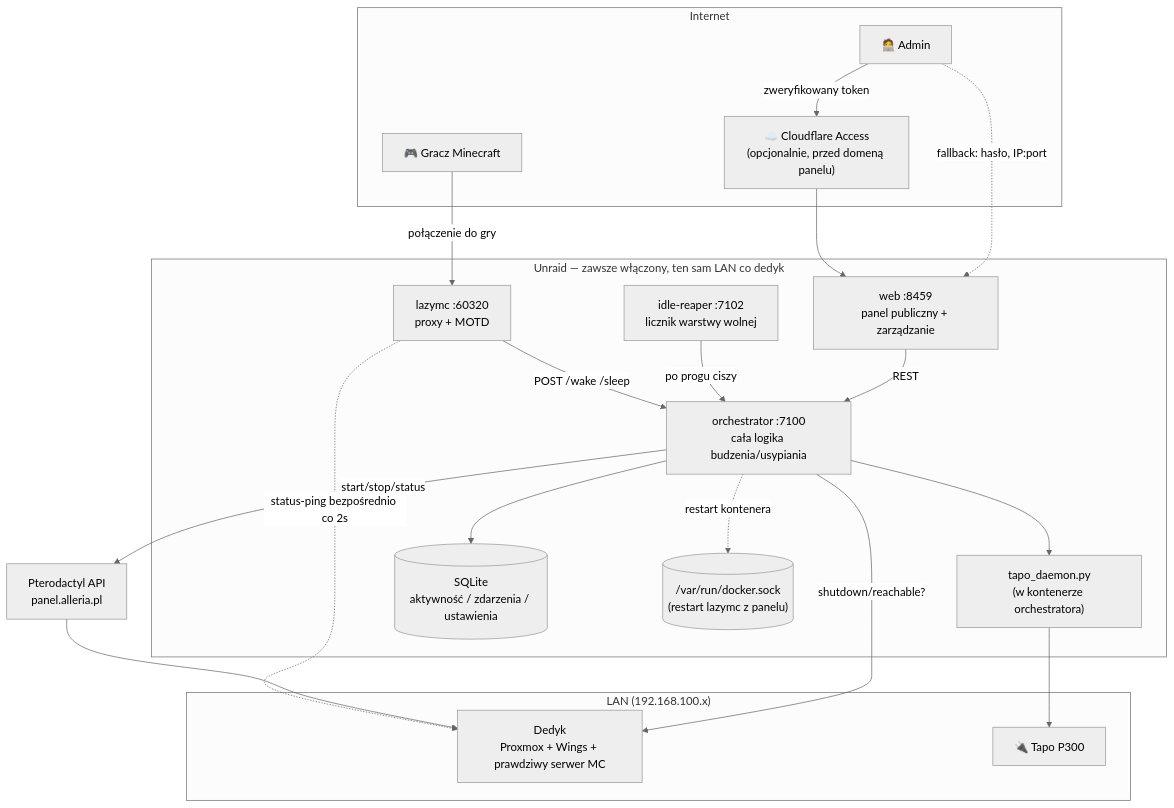
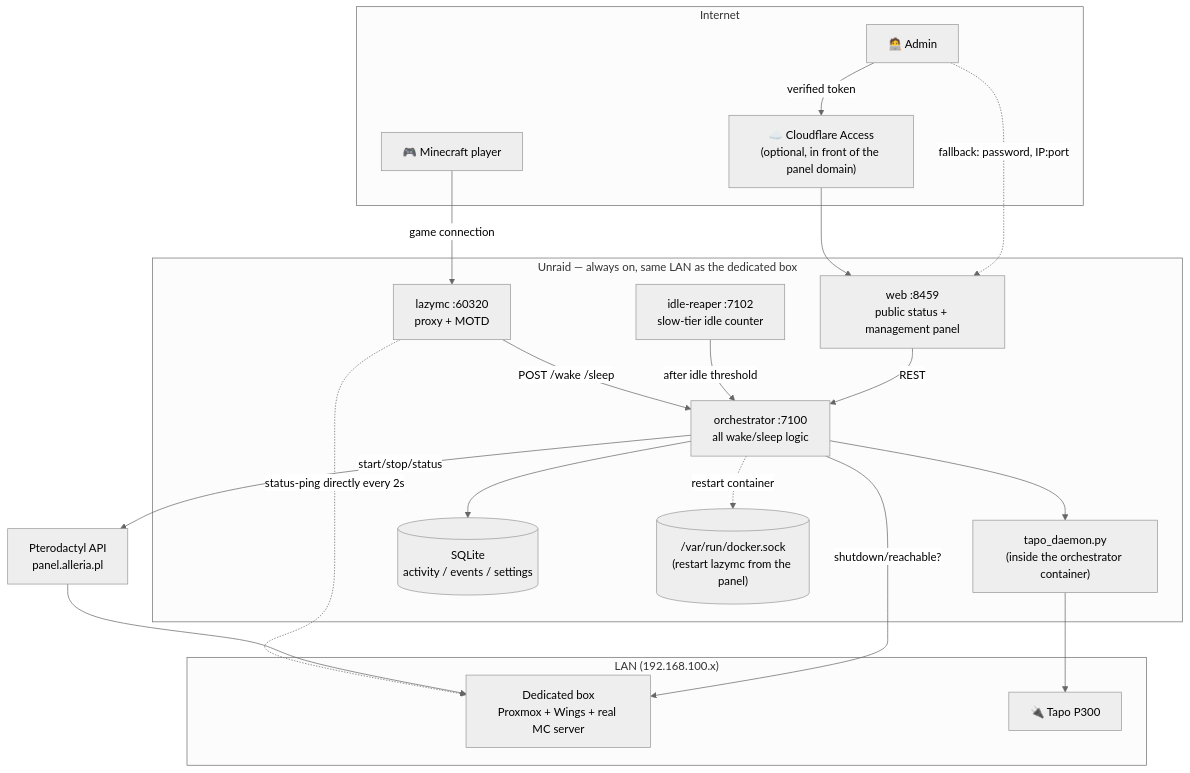
Before and after one commit to mrfroncu/mcwake: the first of 6 diagrams in README.md, drawn with Mermaid (neutral theme). The commit also changed other lines of this file, not shown here.

````diff
--- a/README.md
+++ b/README.md
@@ -64,41 +67,41 @@
 ```mermaid
 flowchart TB
     subgraph internet["Internet"]
-        player["🎮 Gracz Minecraft"]
+        player["🎮 Minecraft player"]
         admin["🧑‍💻 Admin"]
-        cfaccess["☁️ Cloudflare Access\n(opcjonalnie, przed domeną panelu)"]
+        cfaccess["☁️ Cloudflare Access\n(optional, in front of the panel domain)"]
     end
 
-    subgraph unraid["Unraid — zawsze włączony, ten sam LAN co dedyk"]
+    subgraph unraid["Unraid — always on, same LAN as the dedicated box"]
         lazymc["lazymc :60320\nproxy + MOTD"]
-        orchestrator["orchestrator :7100\ncała logika budzenia/usypiania"]
-        tapod["tapo_daemon.py\n(w kontenerze orchestratora)"]
-        reaper["idle-reaper :7102\nlicznik warstwy wolnej"]
-        web["web :8459\npanel publiczny + zarządzanie"]
-        sqlite[("SQLite\naktywność / zdarzenia / ustawienia")]
-        sock[("/var/run/docker.sock\n(restart lazymc z panelu)")]
+        orchestrator["orchestrator :7100\nall wake/sleep logic"]
+        tapod["tapo_daemon.py\n(inside the orchestrator container)"]
+        reaper["idle-reaper :7102\nslow-tier idle counter"]
+        web["web :8459\npublic status + management panel"]
+        sqlite[("SQLite\nactivity / events / settings")]
+        sock[("/var/run/docker.sock\n(restart lazymc from the panel)")]
     end
 
     subgraph lan["LAN (192.168.100.x)"]
-        dedyk["Dedyk\nProxmox + Wings + prawdziwy serwer MC"]
+        dedyk["Dedicated box\nProxmox + Wings + real MC server"]
         tapodev["🔌 Tapo P300"]
     end
 
     pterodactyl["Pterodactyl API\npanel.alleria.pl"]
 
-    player -->|"połączenie do gry"| lazymc
-    admin -->|"zweryfikowany token"| cfaccess --> web
-    admin -.->|"fallback: hasło, IP:port"| web
+    player -->|"game connection"| lazymc
+    admin -->|"verified token"| cfaccess --> web
+    admin -.->|"fallback: password, IP:port"| web
 
     lazymc -->|"POST /wake /sleep"| orchestrator
-    lazymc -.->|"status-ping bezpośrednio co 2s"| dedyk
+    lazymc -.->|"status-ping directly every 2s"| dedyk
 
     orchestrator --> tapod --> tapodev
     orchestrator -->|"start/stop/status"| pterodactyl --> dedyk
     orchestrator -->|"shutdown/reachable?"| dedyk
     orchestrator --> sqlite
-    orchestrator -.->|"restart kontenera"| sock
+    orchestrator -.->|"restart container"| sock
 
-    reaper -->|"po progu ciszy"| orchestrator
+    reaper -->|"after idle threshold"| orchestrator
     web -->|"REST"| orchestrator
 ```
````
